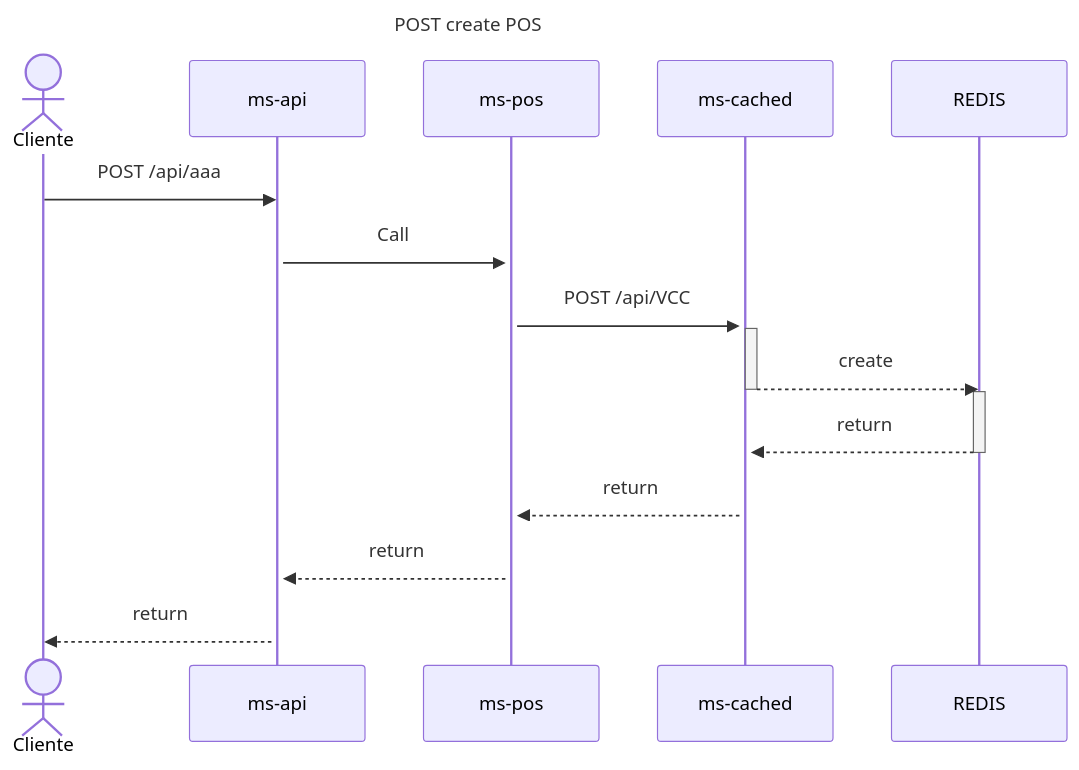
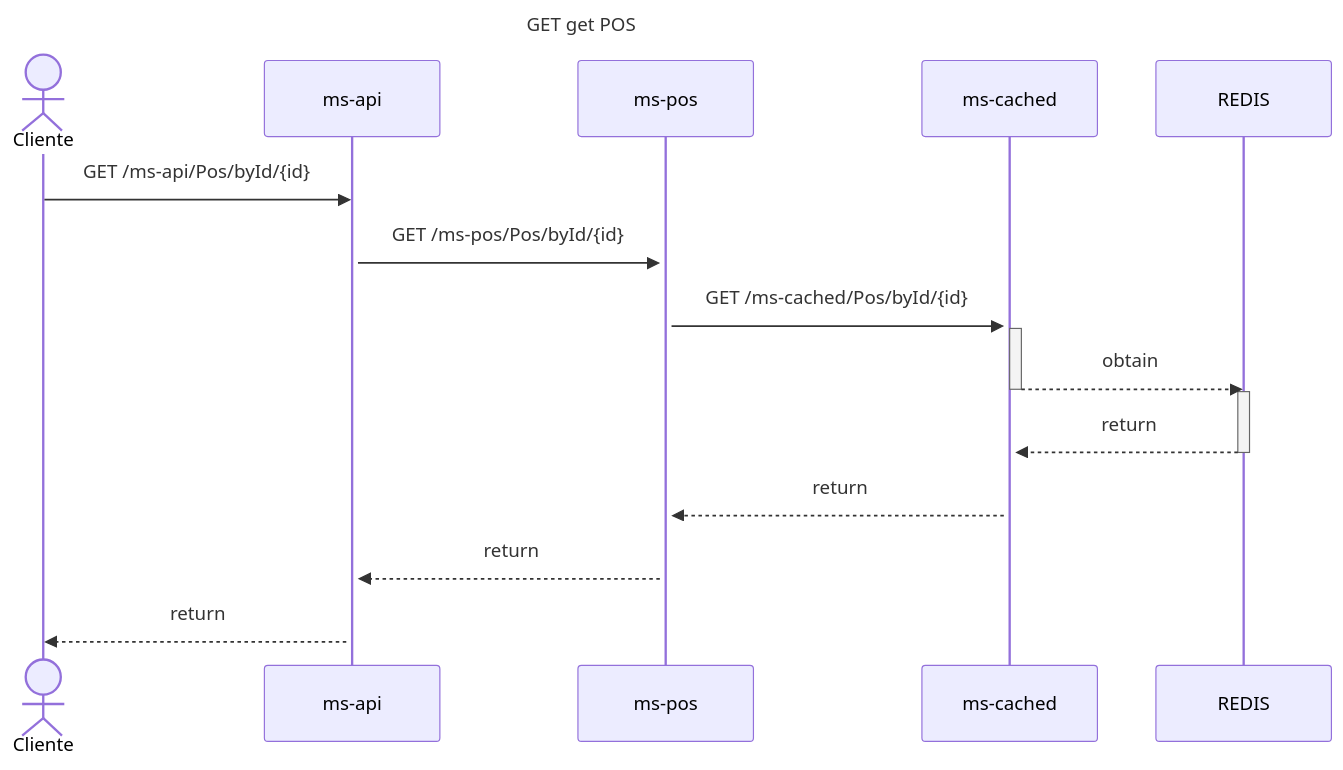
One commit to sailenicolas/JavaChallenge changed the fourth of 8 diagrams in README.md. Above: the diagram before and after it, drawn with Mermaid. The commit also changed other lines of this file, not shown here.

````diff
--- a/README.md
+++ b/README.md
@@ -206,24 +206,24 @@
 ```mermaid
 sequenceDiagram
-title POST create POS
+title GET get POS
     actor Cliente
     participant api as ms-api
     participant pos as ms-pos
     participant cached as ms-cached
     participant datos as REDIS
-    Cliente->>api: POST /api/aaa
+    Cliente->>api: GET /ms-api/Pos/byId/{id}
     activate api
     activate pos
-    api->>pos: Call
+    api->>pos: GET /ms-pos/Pos/byId/{id}
     activate cached
-    pos->>cached: POST /api/VCC
+    pos->>cached: GET /ms-cached/Pos/byId/{id}
     activate cached
-    cached -->> datos: create
+    cached -->> datos: obtain
     deactivate cached
     activate datos
     datos -->> cached: return
     deactivate datos
     cached -->> pos: return
     pos -->> api: return
     api -->> Cliente: return
 ```
````
